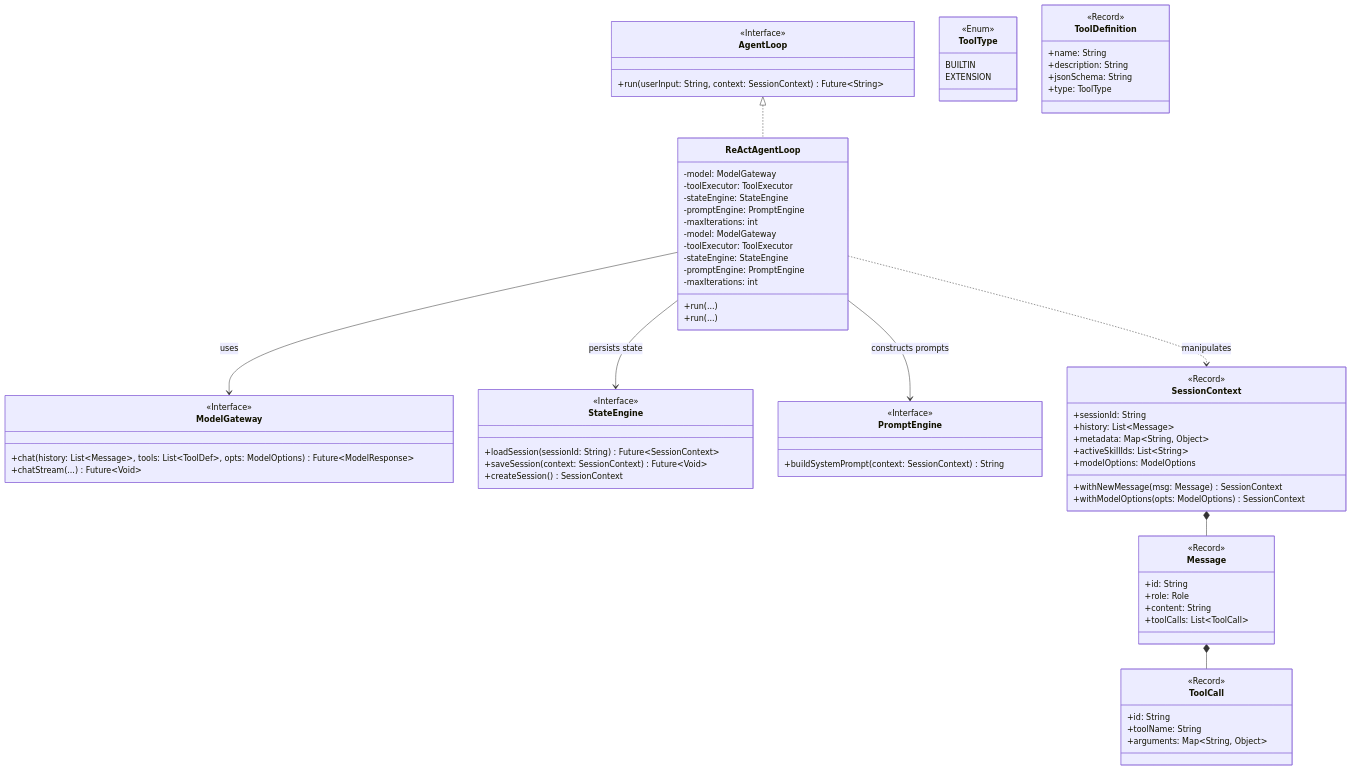
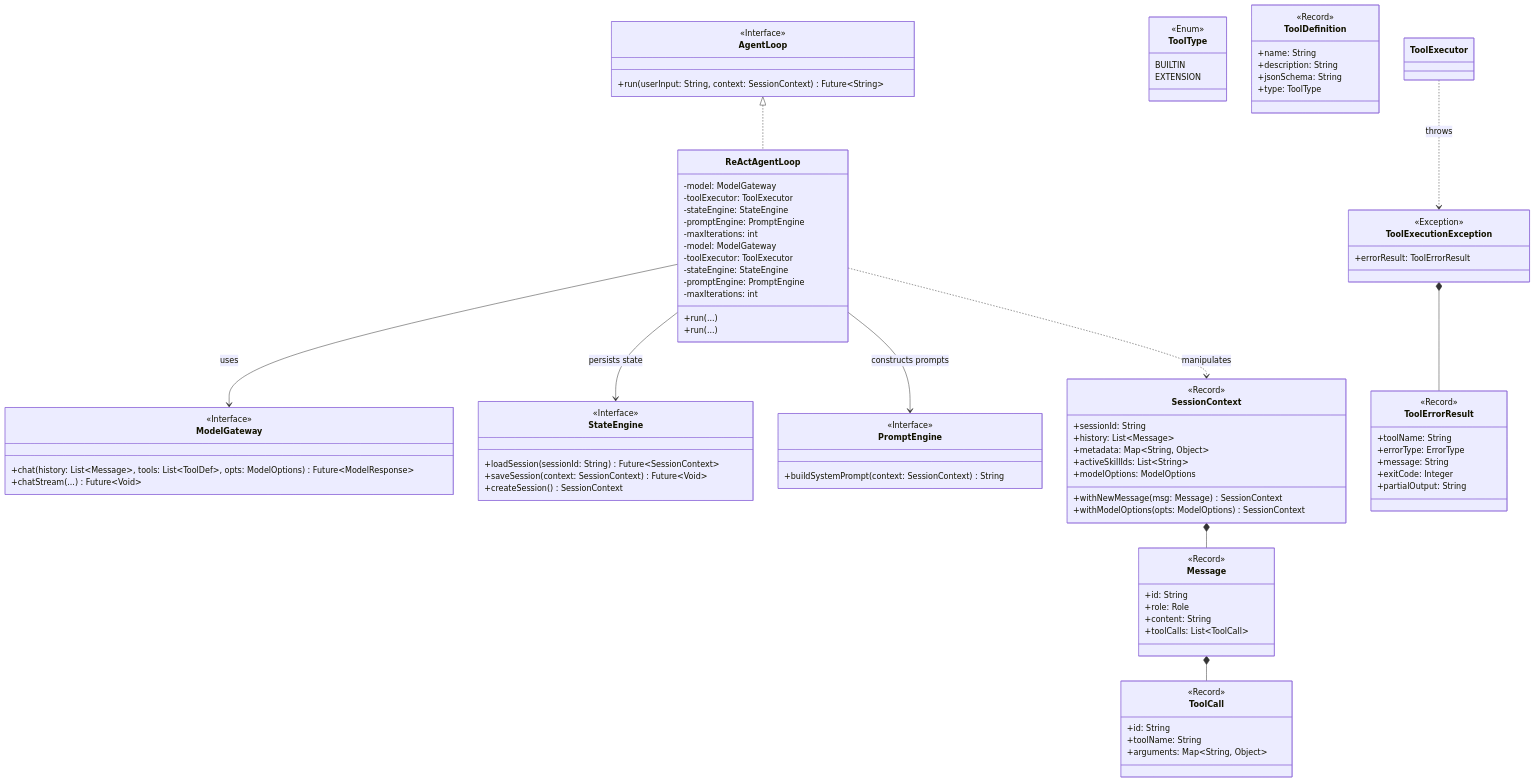
The first of 3 diagrams in docs/CORE_KERNEL_DESIGN.md (stream-iori/ganglia), drawn with Mermaid before and after one commit. The commit also changed 3 other files, not shown here.

Commit message:
docs: update all documentation to reflect structured error handling and new tool designs

```diff
--- a/docs/CORE_KERNEL_DESIGN.md
+++ b/docs/CORE_KERNEL_DESIGN.md
@@ -95,6 +95,23 @@
         +type: ToolType
     }
 
+    class ToolErrorResult {
+        <<Record>>
+        +toolName: String
+        +errorType: ErrorType
+        +message: String
+        +exitCode: Integer
+        +partialOutput: String
+    }
+
+    class ToolExecutionException {
+        <<Exception>>
+        +errorResult: ToolErrorResult
+    }
+
+    ToolExecutionException *-- ToolErrorResult
+    ToolExecutor ..> ToolExecutionException : throws
+
     ReActAgentLoop --> ModelGateway : uses
     ReActAgentLoop --> StateEngine : persists state
     ReActAgentLoop --> PromptEngine : constructs prompts
```
